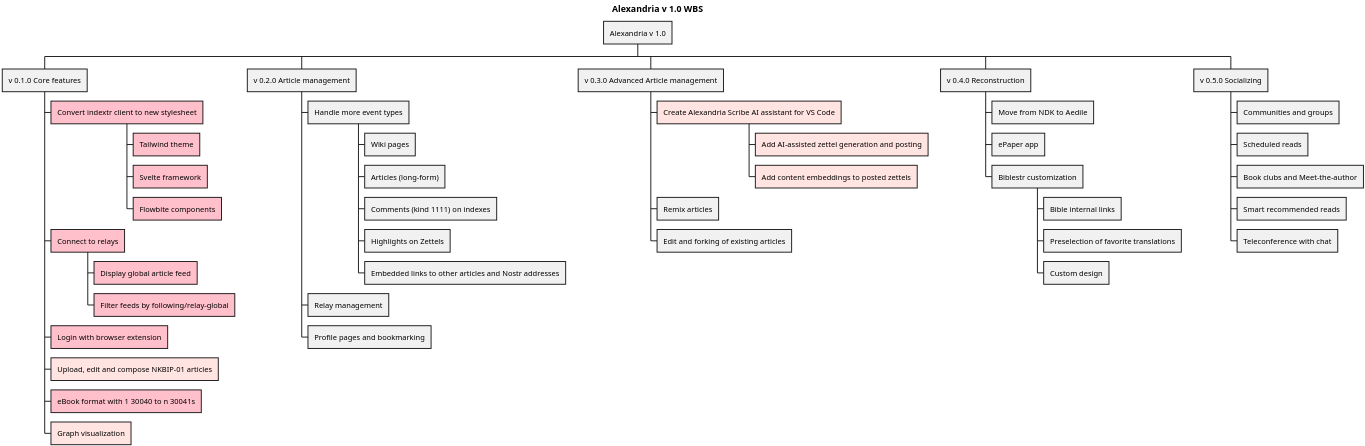
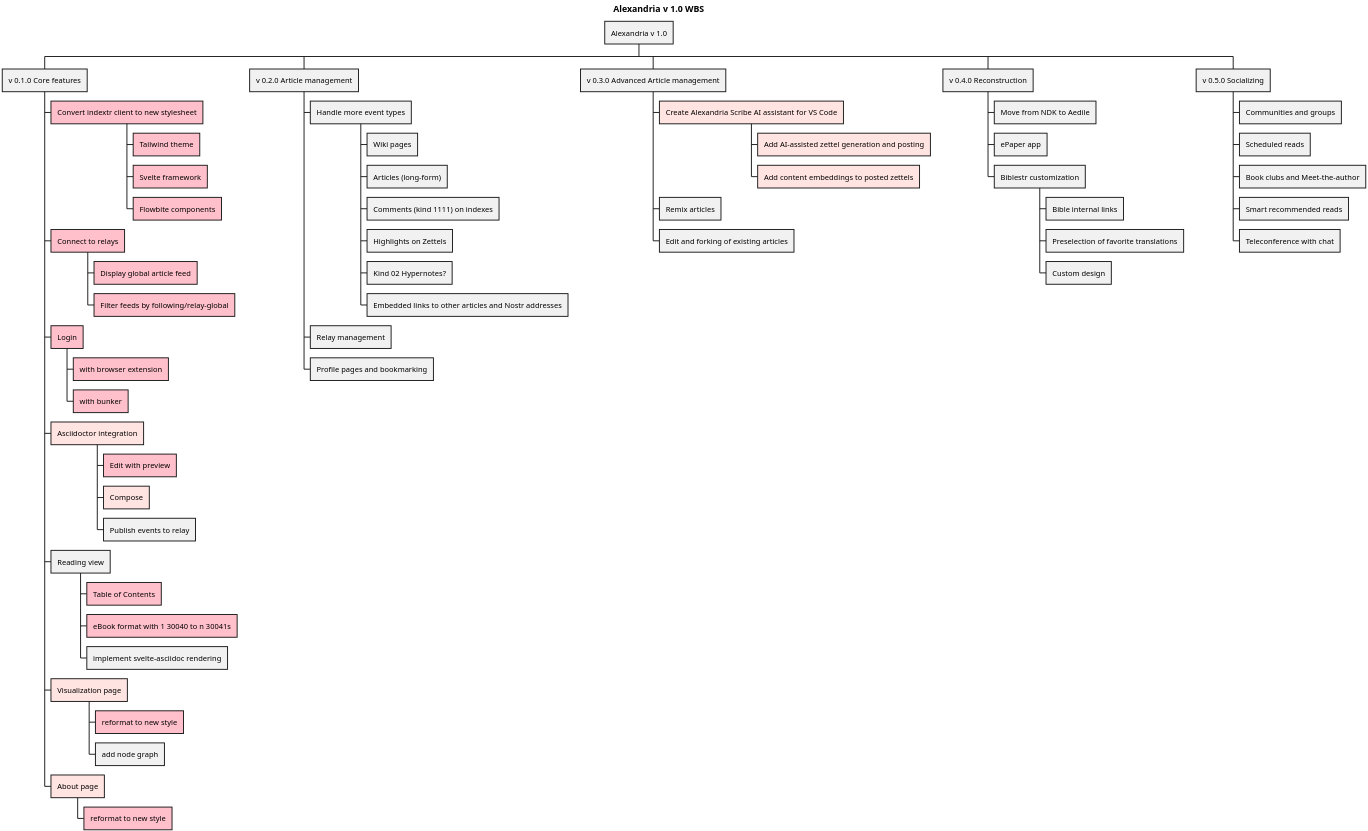
Before and after one commit to ShadowySupercode/gitcitadel: the diagram in plantUML/Alexandria/Alexandria_v1.0_WBS.puml, drawn with PlantUML. The commit also changed 1 other file, not shown here.

```diff
--- a/plantUML/Alexandria/Alexandria_v1.0_WBS.puml
+++ b/plantUML/Alexandria/Alexandria_v1.0_WBS.puml
@@ -1,59 +1,72 @@
 @startwbs Alexandria_v1.0_WBS
 
 <style>
 wbsDiagram {
   .pink {
       BackgroundColor pink
   }
     .lightpink {
       BackgroundColor MistyRose
   }
 }
 </style>
 
 skinparam dpi 300
 title Alexandria v 1.0 WBS
 
 * Alexandria v 1.0
 ** v 0.1.0 Core features
 *** Convert indextr client to new stylesheet <<pink>>
 **** Tailwind theme <<pink>>
 **** Svelte framework <<pink>>
 **** Flowbite components <<pink>>
 *** Connect to relays <<pink>>
 **** Display global article feed <<pink>>
 **** Filter feeds by following/relay-global <<pink>>
-*** Login with browser extension <<pink>>
-*** Upload, edit and compose NKBIP-01 articles <<lightpink>>
-*** eBook format with 1 30040 to n 30041s <<pink>>
-*** Graph visualization <<lightpink>>
+*** Login <<pink>>
+**** with browser extension <<pink>>
+**** with bunker <<pink>>
+*** Asciidoctor integration <<lightpink>>
+**** Edit with preview <<pink>>
+**** Compose <<lightpink>>
+**** Publish events to relay
+*** Reading view
+**** Table of Contents <<pink>>
+**** eBook format with 1 30040 to n 30041s <<pink>>
+**** implement svelte-asciidoc rendering
+*** Visualization page <<lightpink>>
+**** reformat to new style <<pink>>
+**** add node graph
+*** About page <<lightpink>>
+**** reformat to new style <<pink>>
 ** v 0.2.0 Article management
 *** Handle more event types
 **** Wiki pages
 **** Articles (long-form)
 **** Comments (kind 1111) on indexes
 **** Highlights on Zettels
+**** Kind 02 Hypernotes?
 **** Embedded links to other articles and Nostr addresses
 *** Relay management
 *** Profile pages and bookmarking
 ** v 0.3.0 Advanced Article management
 *** Create Alexandria Scribe AI assistant for VS Code <<lightpink>>
 **** Add AI-assisted zettel generation and posting <<lightpink>>
 **** Add content embeddings to posted zettels <<lightpink>>
 *** Remix articles
 *** Edit and forking of existing articles
 ** v 0.4.0 Reconstruction
 *** Move from NDK to Aedile
 *** ePaper app
 *** Biblestr customization
 **** Bible internal links
 **** Preselection of favorite translations
 **** Custom design
 ** v 0.5.0 Socializing
 *** Communities and groups
 *** Scheduled reads
 *** Book clubs and Meet-the-author
 *** Smart recommended reads
 *** Teleconference with chat
 
 @endwbs
```
